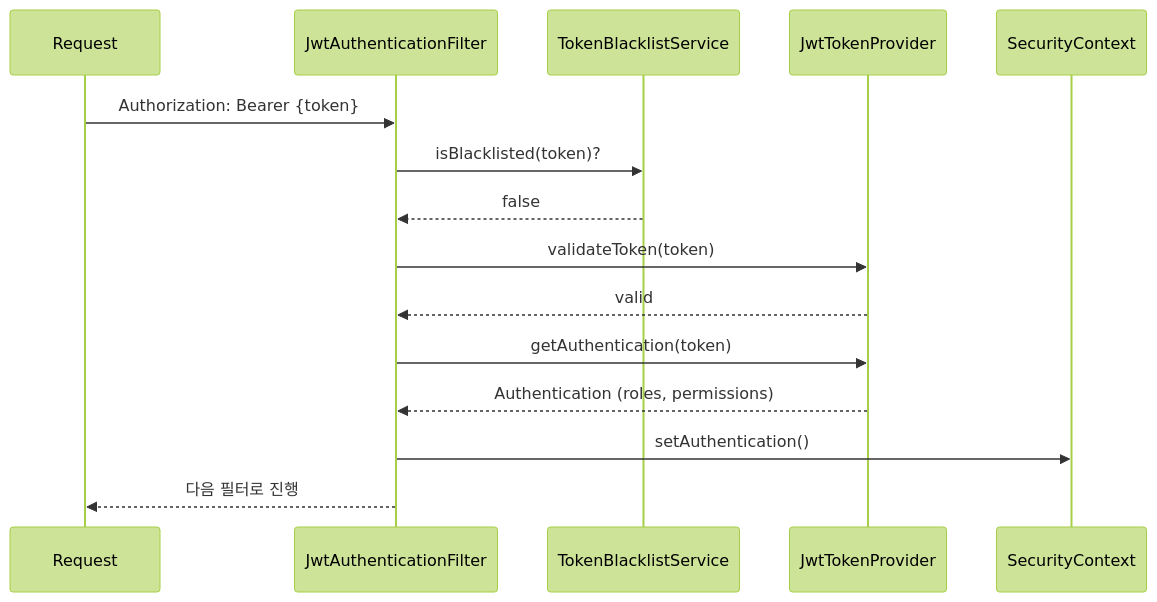
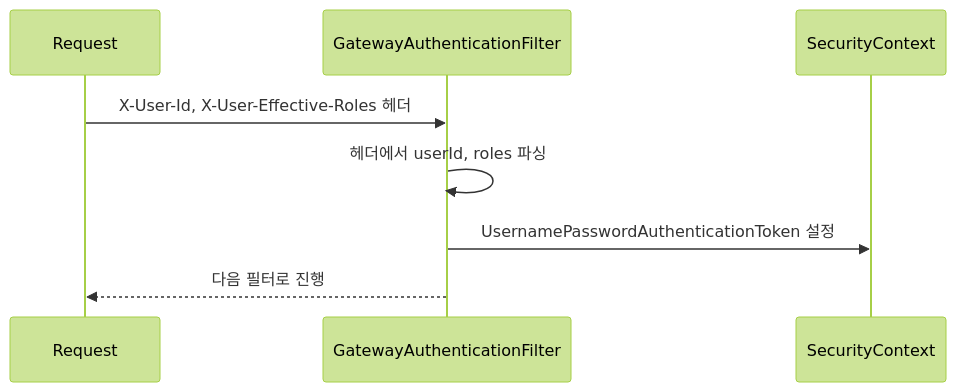
The eighth of 8 diagrams in docs/architecture/auth-service/security-mechanisms.md (L-a-z-e/portal-universe), drawn with Mermaid (forest theme) before and after one commit. The commit also changed other lines of this file and 23 other files, not shown here.

First line of the commit message:
refactor(auth): remove duplicate JWT validation in auth-service

````diff
--- a/docs/architecture/auth-service/security-mechanisms.md
+++ b/docs/architecture/auth-service/security-mechanisms.md
@@ -743,18 +743,11 @@
 ```mermaid
 sequenceDiagram
     participant R as Request
-    participant F as JwtAuthenticationFilter
-    participant B as TokenBlacklistService
-    participant J as JwtTokenProvider
+    participant F as GatewayAuthenticationFilter
     participant S as SecurityContext
 
-    R->>F: Authorization: Bearer {token}
-    F->>B: isBlacklisted(token)?
-    B-->>F: false
-    F->>J: validateToken(token)
-    J-->>F: valid
-    F->>J: getAuthentication(token)
-    J-->>F: Authentication (roles, permissions)
-    F->>S: setAuthentication()
+    R->>F: X-User-Id, X-User-Effective-Roles 헤더
+    F->>F: 헤더에서 userId, roles 파싱
+    F->>S: UsernamePasswordAuthenticationToken 설정
     F-->>R: 다음 필터로 진행
 ```
````
